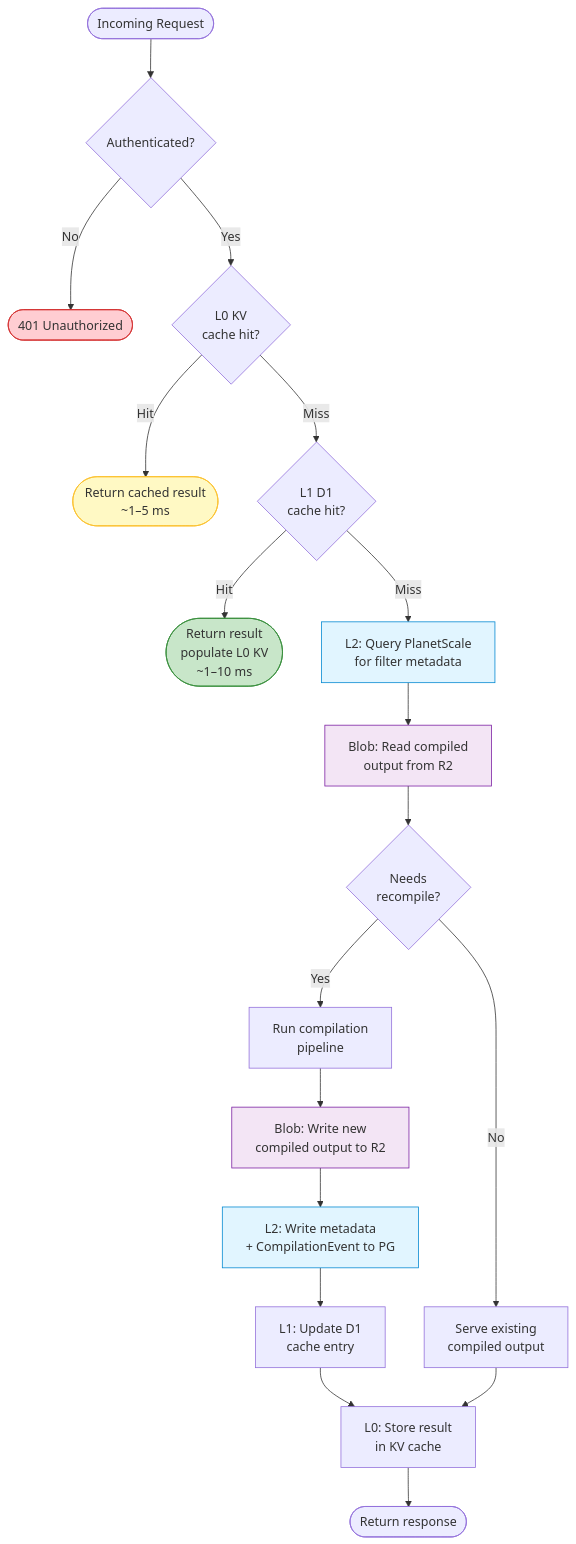
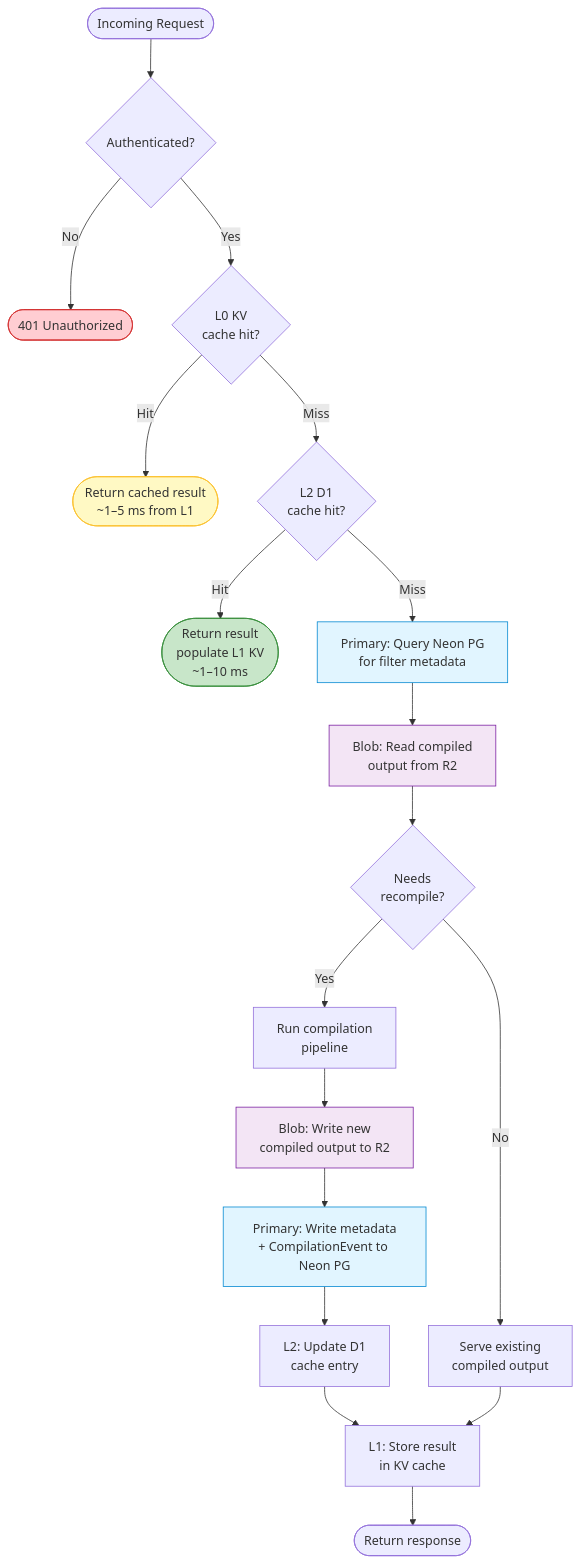
One commit to jaypatrick/adblock-compiler changed the third of 9 diagrams in docs/database-setup/DATABASE_ARCHITECTURE.md. Above: the diagram before and after it, drawn with Mermaid. The commit also changed other lines of this file and 7 other files, not shown here.

````diff
--- a/docs/database-setup/DATABASE_ARCHITECTURE.md
+++ b/docs/database-setup/DATABASE_ARCHITECTURE.md
@@ -92,35 +92,35 @@
 ```mermaid
 flowchart TD
     REQ([Incoming Request]) --> AUTH{Authenticated?}
     AUTH -->|No| REJECT([401 Unauthorized])
     AUTH -->|Yes| KV_CHECK{L0 KV\ncache hit?}
 
-    KV_CHECK -->|Hit| RETURN_KV([Return cached result\n~1–5 ms])
+    KV_CHECK -->|Hit| RETURN_KV([Return cached result\n~1–5 ms from L1])
 
-    KV_CHECK -->|Miss| D1_CHECK{L1 D1\ncache hit?}
+    KV_CHECK -->|Miss| D1_CHECK{L2 D1\ncache hit?}
 
-    D1_CHECK -->|Hit| RETURN_D1([Return result\npopulate L0 KV\n~1–10 ms])
+    D1_CHECK -->|Hit| RETURN_D1([Return result\npopulate L1 KV\n~1–10 ms])
 
-    D1_CHECK -->|Miss| PG_META[L2: Query PlanetScale\nfor filter metadata]
+    D1_CHECK -->|Miss| PG_META[Primary: Query Neon PG\nfor filter metadata]
     PG_META --> R2_READ[Blob: Read compiled\noutput from R2]
     R2_READ --> COMPILE{Needs\nrecompile?}
 
     COMPILE -->|No| SERVE_CACHED[Serve existing\ncompiled output]
     COMPILE -->|Yes| DO_COMPILE[Run compilation\npipeline]
 
     DO_COMPILE --> R2_WRITE[Blob: Write new\ncompiled output to R2]
-    R2_WRITE --> PG_WRITE[L2: Write metadata\n+ CompilationEvent to PG]
-    PG_WRITE --> D1_WRITE[L1: Update D1\ncache entry]
-    D1_WRITE --> KV_WRITE[L0: Store result\nin KV cache]
+    R2_WRITE --> PG_WRITE[Primary: Write metadata\n+ CompilationEvent to Neon PG]
+    PG_WRITE --> D1_WRITE[L2: Update D1\ncache entry]
+    D1_WRITE --> KV_WRITE[L1: Store result\nin KV cache]
     KV_WRITE --> RESPOND([Return response])
 
     SERVE_CACHED --> KV_WRITE
 
     style RETURN_KV fill:#fff9c4,stroke:#fbc02d
     style RETURN_D1 fill:#c8e6c9,stroke:#388e3c
     style PG_META fill:#e1f5ff,stroke:#0288d1
     style PG_WRITE fill:#e1f5ff,stroke:#0288d1
     style R2_READ fill:#f3e5f5,stroke:#7b1fa2
     style R2_WRITE fill:#f3e5f5,stroke:#7b1fa2
     style REJECT fill:#ffcdd2,stroke:#d32f2f
 ```
````
